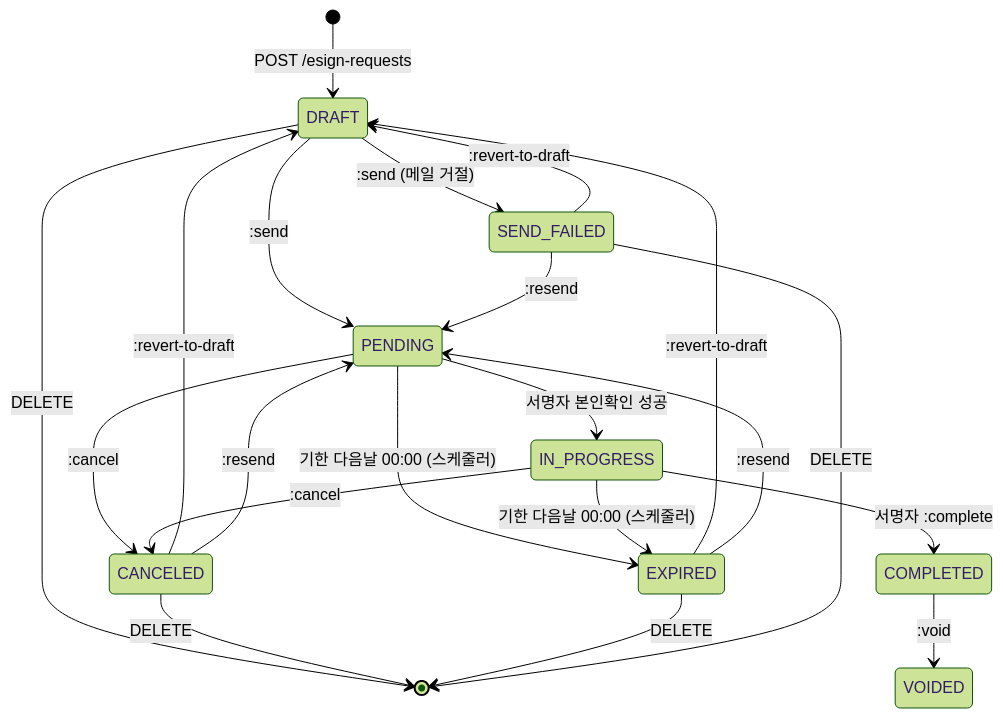
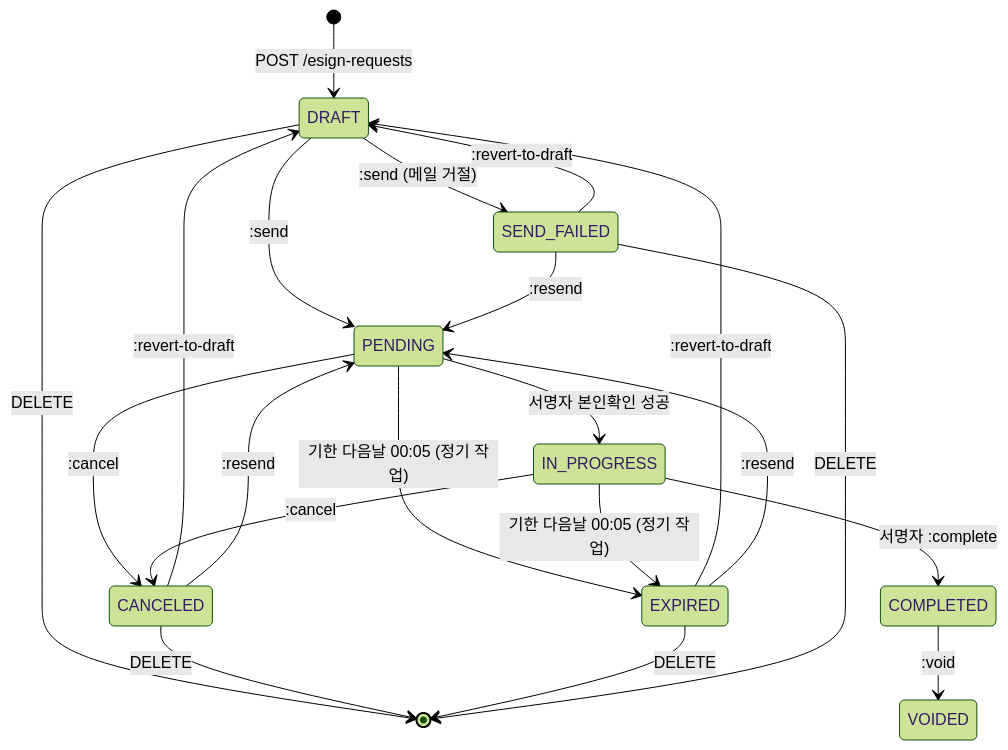
Before and after one commit to cbcruk/semu: the first of 3 diagrams in docs/design/documents.md, drawn with Mermaid (forest theme). The commit also changed other lines of this file and 11 other files, not shown here.

````diff
--- a/docs/design/documents.md
+++ b/docs/design/documents.md
@@ -54,23 +54,23 @@
 ```mermaid
 stateDiagram-v2
   [*] --> DRAFT: POST /esign-requests
   DRAFT --> PENDING: :send
   DRAFT --> SEND_FAILED: :send (메일 거절)
   PENDING --> IN_PROGRESS: 서명자 본인확인 성공
   PENDING --> CANCELED: :cancel
   IN_PROGRESS --> CANCELED: :cancel
   IN_PROGRESS --> COMPLETED: 서명자 :complete
-  PENDING --> EXPIRED: 기한 다음날 00:00 (스케줄러)
-  IN_PROGRESS --> EXPIRED: 기한 다음날 00:00 (스케줄러)
+  PENDING --> EXPIRED: 기한 다음날 00:05 (정기 작업)
+  IN_PROGRESS --> EXPIRED: 기한 다음날 00:05 (정기 작업)
   COMPLETED --> VOIDED: :void
   CANCELED --> DRAFT: :revert-to-draft
   EXPIRED --> DRAFT: :revert-to-draft
   SEND_FAILED --> DRAFT: :revert-to-draft
   CANCELED --> PENDING: :resend
   EXPIRED --> PENDING: :resend
   SEND_FAILED --> PENDING: :resend
   DRAFT --> [*]: DELETE
   CANCELED --> [*]: DELETE
   EXPIRED --> [*]: DELETE
   SEND_FAILED --> [*]: DELETE
 ```
````
